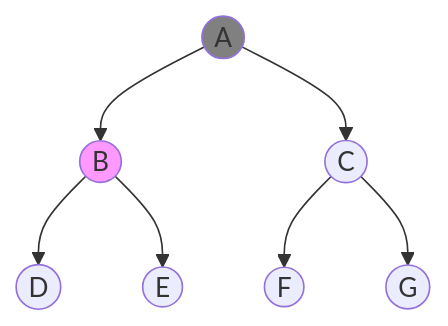
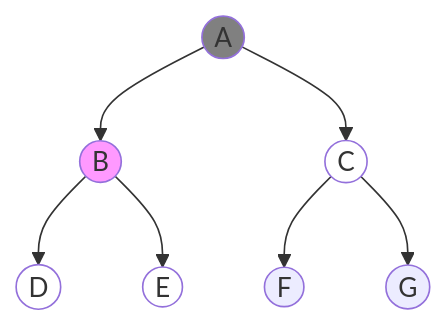
Before and after one commit to gurpreet-ai/gurpreet-ai.github.io: the second of 22 diagrams in _posts/2020-04-20-Uninformed-Search-Strategies.md, drawn with Mermaid. The commit also changed other lines of this file and 3 other files, not shown here.

````diff
--- a/_posts/2020-04-20-Uninformed-Search-Strategies.md
+++ b/_posts/2020-04-20-Uninformed-Search-Strategies.md
@@ -28,11 +31,14 @@
 ```mermaid
 graph TB
 A((A)) --> B((B))
 A --> C((C))
 B --> D((D))
 B --> E((E))
 C --> F((F))
 C --> G((G))
 style A fill:#808080
 style B fill:#f9f
+style C fill:white
+style D fill:white
+style E fill:white
 ```
````
